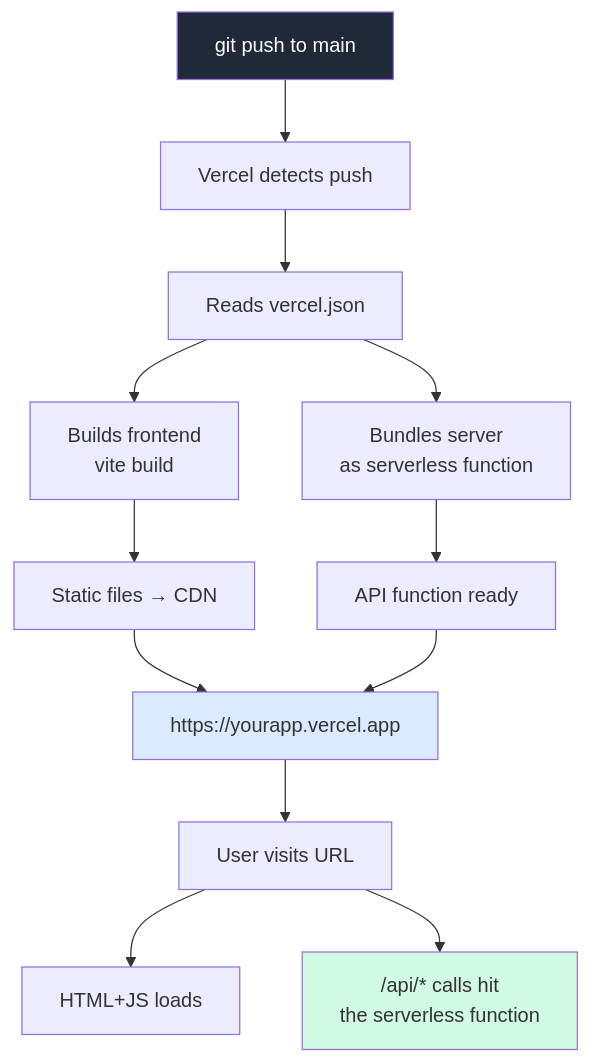
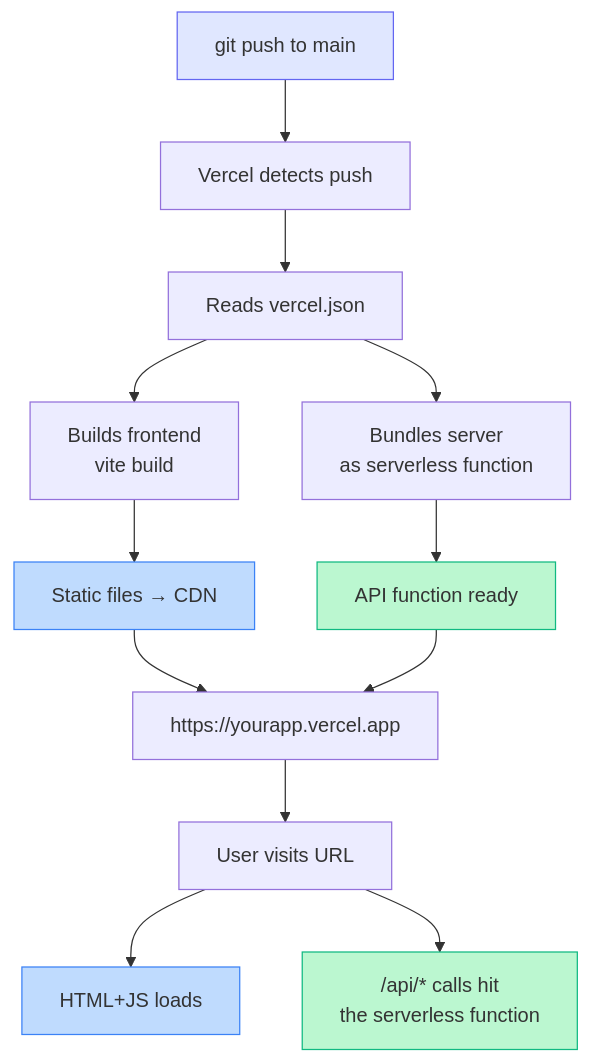
One commit to ahmadkhalil2021/fullstack-task-board changed the fifth of 7 diagrams in docs/build-architecture.md. Above: the diagram before and after it, drawn with Mermaid. The commit also changed other lines of this file, not shown here.

First line of the commit message:
Fix dark mode font visibility in Mermaid diagrams

````diff
--- a/docs/build-architecture.md
+++ b/docs/build-architecture.md
@@ -120,18 +135,21 @@
 ```mermaid
 flowchart TD
     A[git push to main] --> B[Vercel detects push]
     B --> C[Reads vercel.json]
     C --> D[Builds frontend<br/>vite build]
     C --> E[Bundles server<br/>as serverless function]
     D --> F[Static files → CDN]
     E --> G[API function ready]
     F --> H["https://yourapp.vercel.app"]
     G --> H
     H --> I[User visits URL]
     I --> J[HTML+JS loads]
     I --> K["/api/* calls hit<br/>the serverless function"]
 
-    style A fill:#1f2937,color:#fff
-    style H fill:#dbeafe
-    style K fill:#d1fae5
+    classDef inputNode fill:#e0e7ff,stroke:#6366f1
+    classDef clientNode fill:#bfdbfe,stroke:#3b82f6
+    classDef serverNode fill:#bbf7d0,stroke:#10b981
+    class A inputNode
+    class F,J clientNode
+    class G,K serverNode
 ```
````
